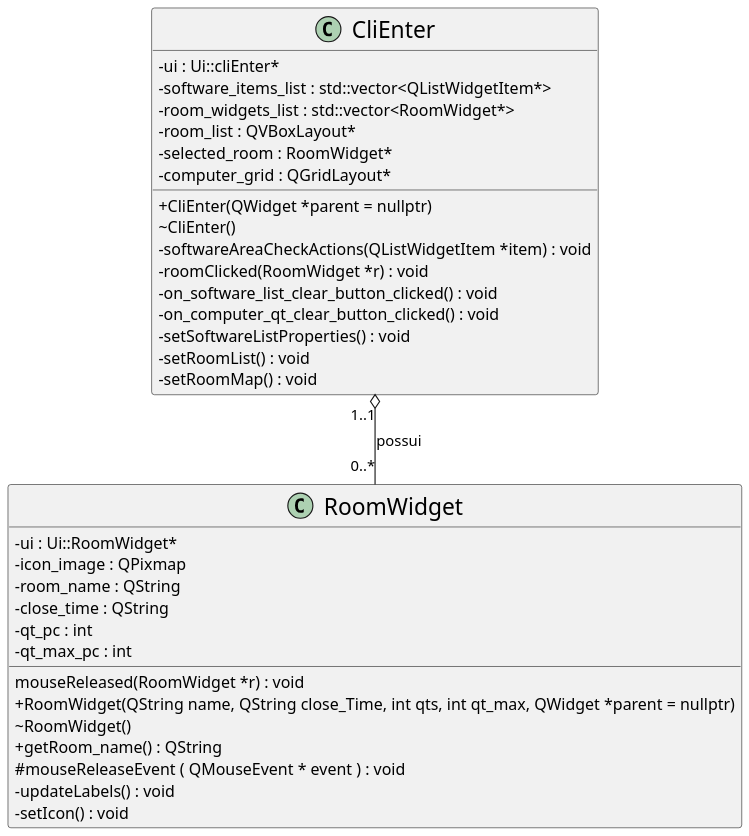
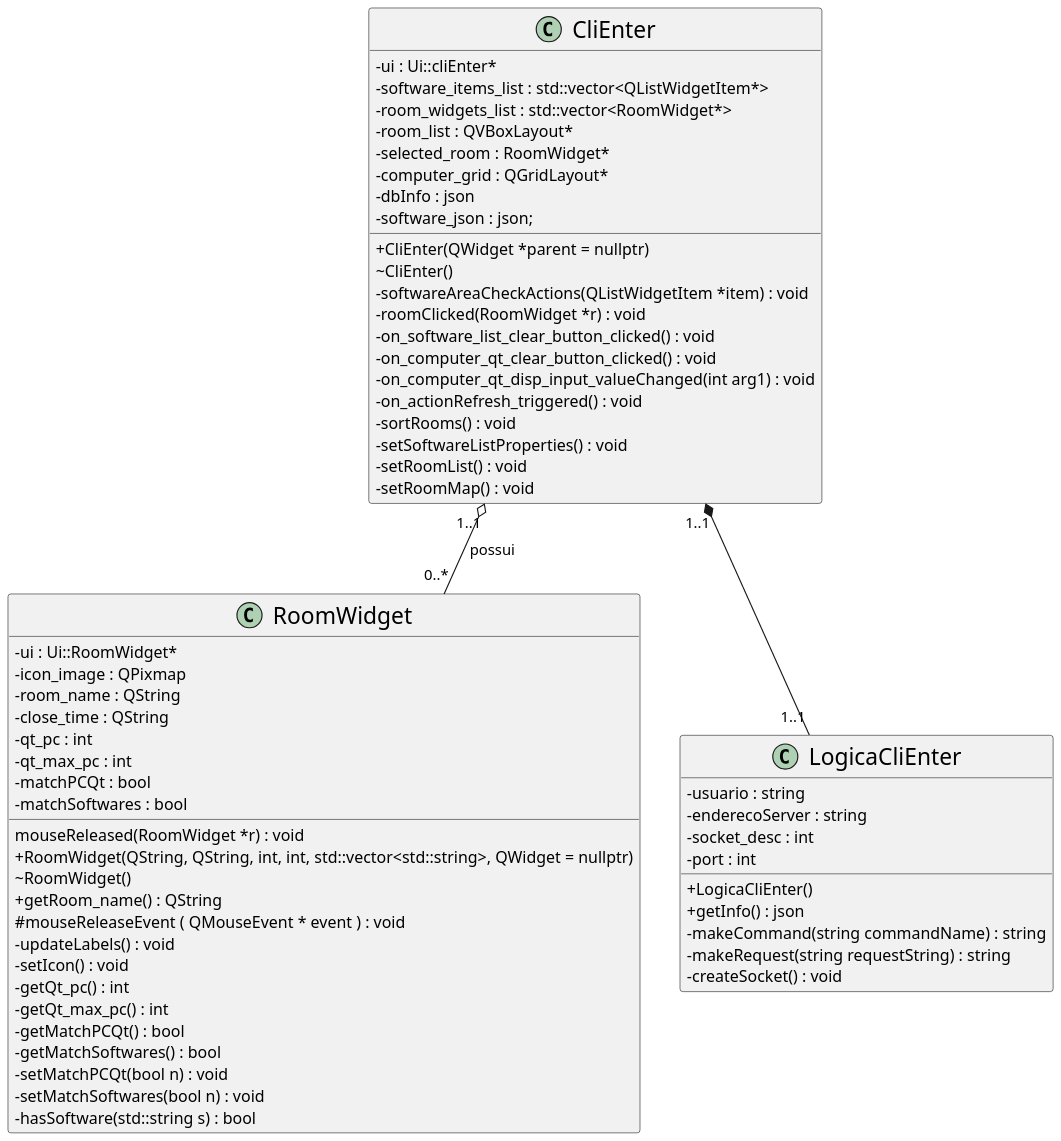
The first of 2 diagrams in docs/umls.org (sociedade-do-pastel/softeiros), drawn with PlantUML before and after one commit. The commit also changed 2 other files, not shown here.

Commit message:
Atualizado UML e adicionado csv resposta de questionário

```diff
--- a/docs/umls.org
+++ b/docs/umls.org
@@ -3,41 +3,68 @@
 #+begin_src plantuml :file "./cliEnterClassDiagram.png" :results file
   skinparam classAttributeIconSize 0
   skinparam classFontSize 20
   skinparam classFontName Hack
   scale 1.5
   class CliEnter {
         +CliEnter(QWidget *parent = nullptr)
         ~CliEnter()
         -softwareAreaCheckActions(QListWidgetItem *item) : void
         -roomClicked(RoomWidget *r) : void
         -on_software_list_clear_button_clicked() : void
         -on_computer_qt_clear_button_clicked() : void
+        -on_computer_qt_disp_input_valueChanged(int arg1) : void
+        -on_actionRefresh_triggered() : void
+        -sortRooms() : void
         -setSoftwareListProperties() : void
         -setRoomList() : void
         -setRoomMap() : void
         -ui : Ui::cliEnter*
         -software_items_list : std::vector<QListWidgetItem*>
         -room_widgets_list : std::vector<RoomWidget*>
         -room_list : QVBoxLayout*
         -selected_room : RoomWidget*
         -computer_grid : QGridLayout*
+        -dbInfo : json
+        -software_json : json;
   }
 
   class RoomWidget {
         mouseReleased(RoomWidget *r) : void
-        +RoomWidget(QString name, QString close_Time, int qts, int qt_max, QWidget *parent = nullptr)
+        +RoomWidget(QString, QString, int, int, std::vector<std::string>, QWidget = nullptr)
         ~RoomWidget()
         +getRoom_name() : QString
         #mouseReleaseEvent ( QMouseEvent * event ) : void
         -updateLabels() : void
         -setIcon() : void 
         -ui : Ui::RoomWidget*
         -icon_image : QPixmap
         -room_name : QString
         -close_time : QString
         -qt_pc : int
         -qt_max_pc : int
+        -matchPCQt : bool
+        -matchSoftwares : bool
+        -getQt_pc() : int
+        -getQt_max_pc() : int
+        -getMatchPCQt() : bool
+        -getMatchSoftwares() : bool
+        -setMatchPCQt(bool n) : void
+        -setMatchSoftwares(bool n) : void
+        -hasSoftware(std::string s) : bool
+  }
+
+  class LogicaCliEnter {
+        +LogicaCliEnter()
+        +getInfo() : json
+        -usuario : string
+        -enderecoServer : string
+        -socket_desc : int
+        -port : int
+        -makeCommand(string commandName) : string
+        -makeRequest(string requestString) : string
+        -createSocket() : void
   }
 
   CliEnter "1..1" o-- "0..*" RoomWidget : possui
+  CliEnter "1..1" *-- "1..1" LogicaCliEnter
 #+end_src
```
